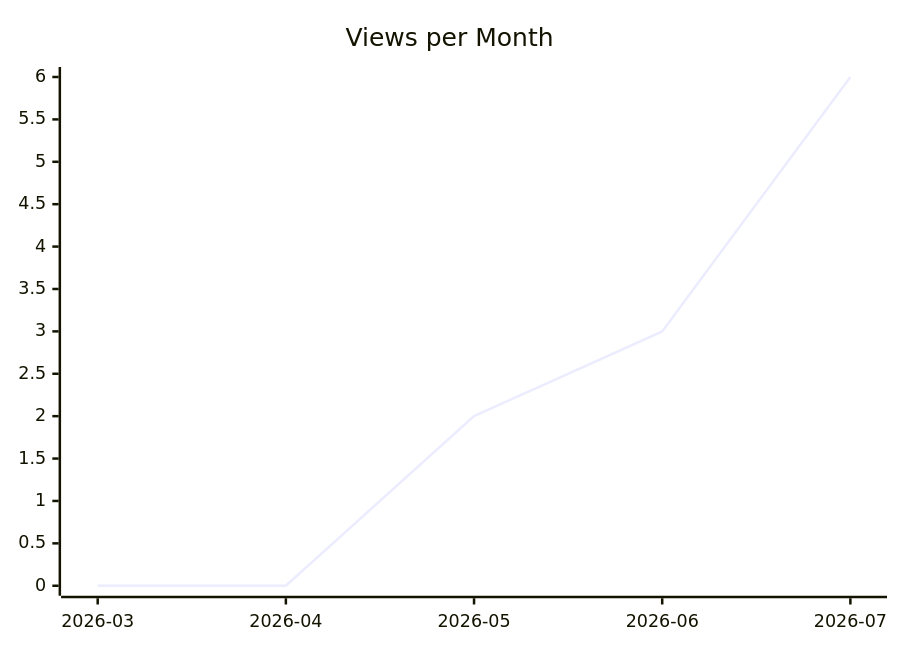
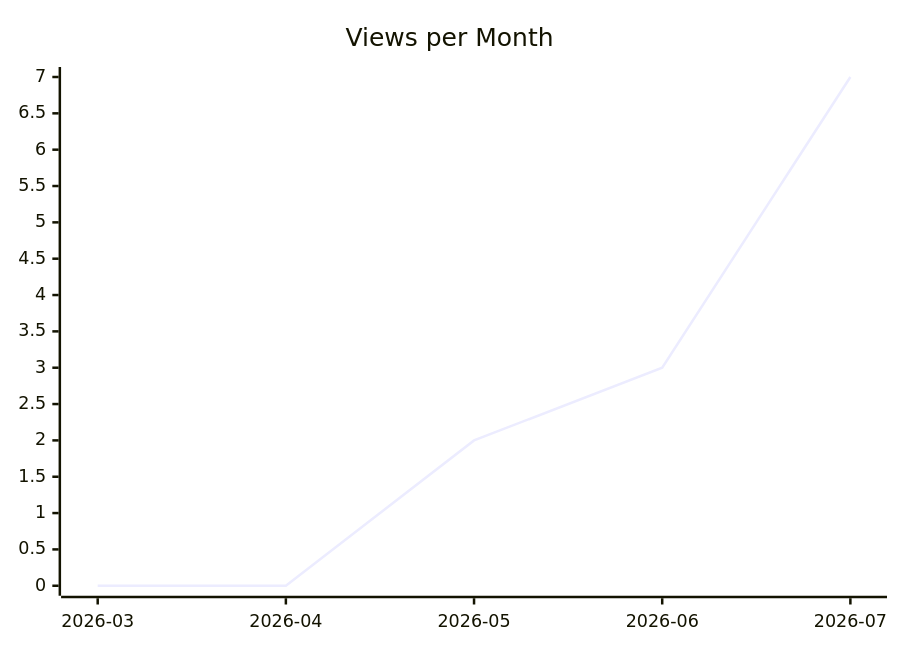
The second of 3 diagrams in karlmdavis/justdavis-karl/README.md (justdavis-family/github-analytics-data), drawn with Mermaid before and after one commit. The commit also changed other lines of this file and 188 other files, not shown here.

````diff
--- a/karlmdavis/justdavis-karl/README.md
+++ b/karlmdavis/justdavis-karl/README.md
@@ -12,6 +12,6 @@
 ```mermaid
 xychart-beta
   title "Views per Month"
   x-axis ["2026-03", "2026-04", "2026-05", "2026-06", "2026-07"]
-  line [0, 0, 2, 3, 6]
+  line [0, 0, 2, 3, 7]
 ```
````
